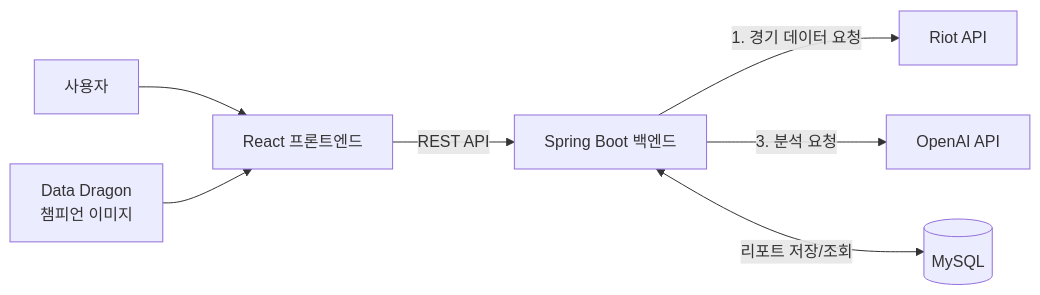
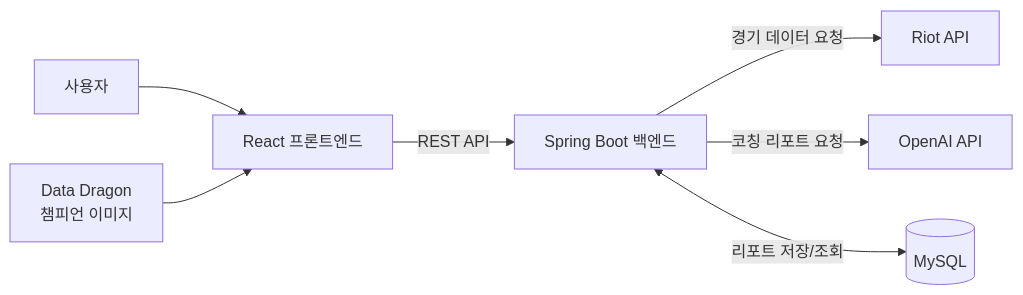
Before and after one commit to leejiseong20/topsiya: the diagram in README.md, drawn with Mermaid. The commit also changed other lines of this file and 17 other files, not shown here.

First line of the commit message:
feat: AI 코칭 리포트 (OpenAI 연동)

````diff
--- a/README.md
+++ b/README.md
@@ -48,9 +48,9 @@
 ```mermaid
 flowchart LR
     U[사용자] --> FE[React 프론트엔드]
     FE -->|REST API| BE[Spring Boot 백엔드]
-    BE -->|1. 경기 데이터 요청| RIOT[Riot API]
-    BE -->|3. 분석 요청| AI[OpenAI API]
+    BE -->|경기 데이터 요청| RIOT[Riot API]
+    BE -->|코칭 리포트 요청| AI[OpenAI API]
     BE <-->|리포트 저장/조회| DB[(MySQL)]
     DD[Data Dragon<br/>챔피언 이미지] --> FE
 ```
````
